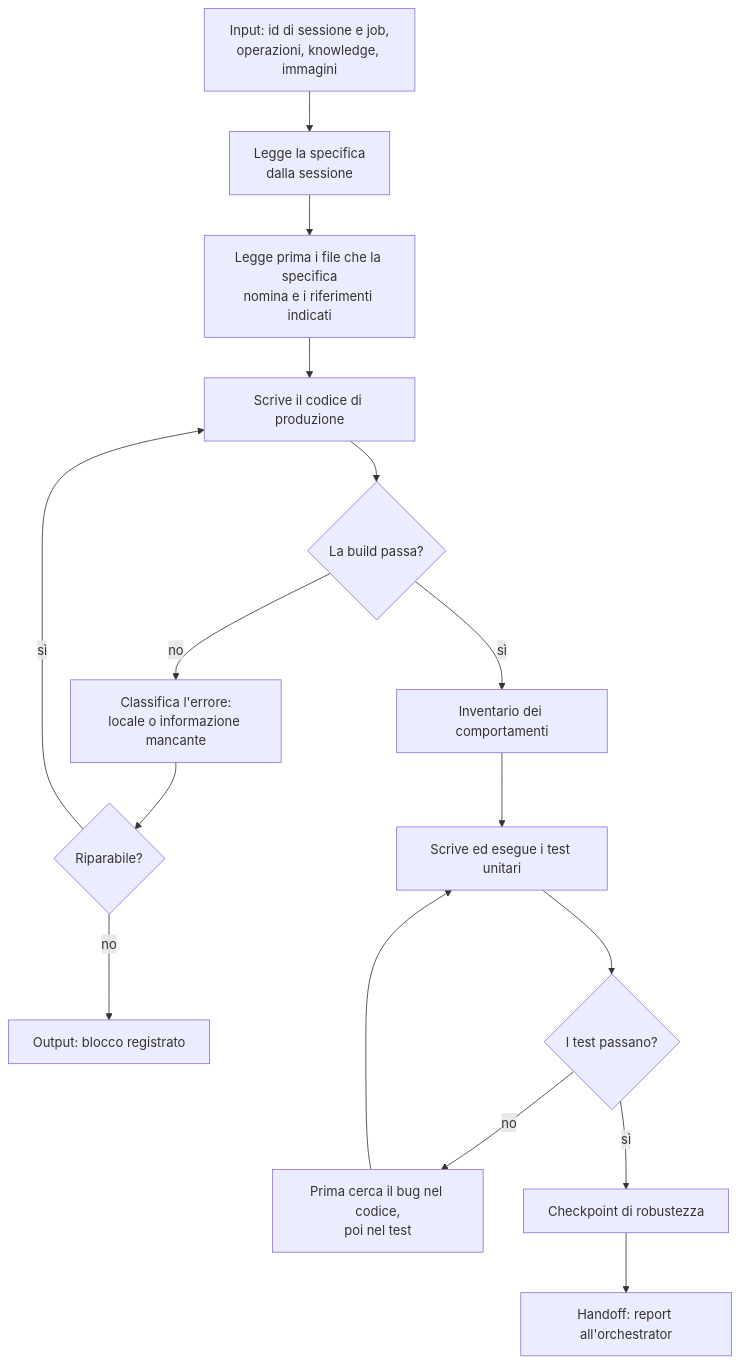
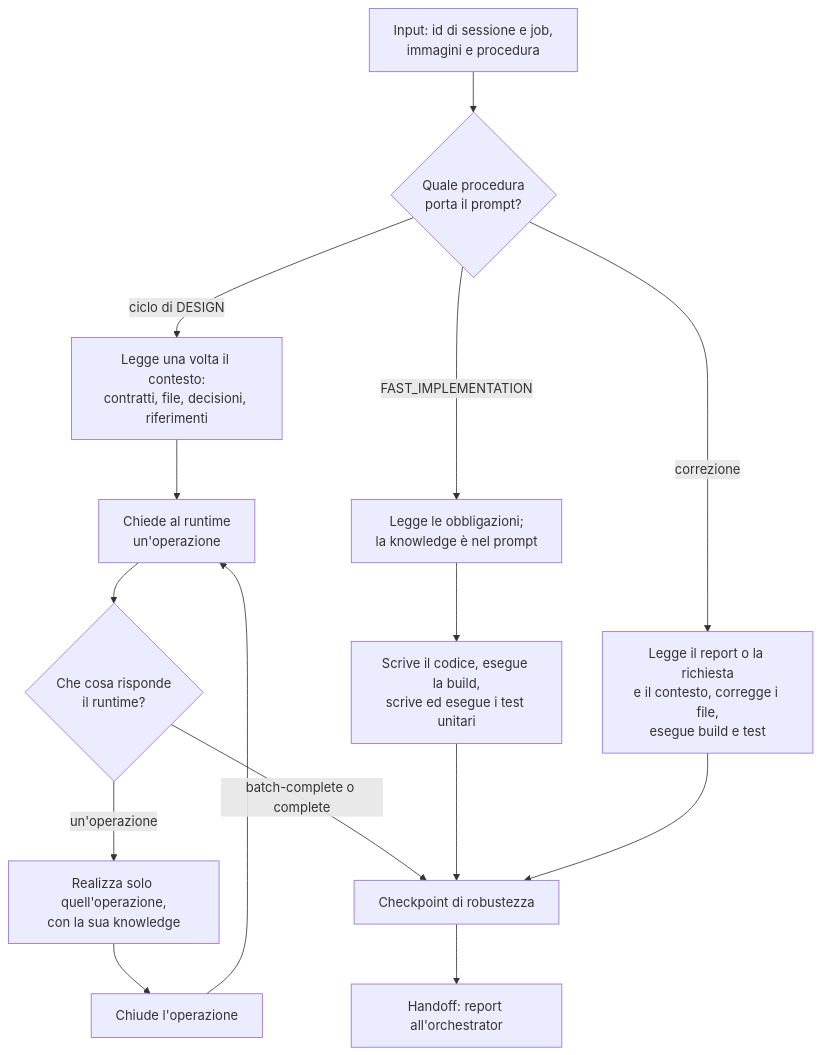
Before and after one commit to violabg/agentic-system-lessons: the diagram in orchestrator/role-maps/agents/code-implementor.md, drawn with Mermaid. The commit also changed other lines of this file and 38 other files, not shown here.

````diff
--- a/orchestrator/role-maps/agents/code-implementor.md
+++ b/orchestrator/role-maps/agents/code-implementor.md
@@ -17,18 +17,17 @@
 ```mermaid
 flowchart TD
-    Prompt[Input: id di sessione e job,<br/>operazioni, knowledge, immagini] --> Spec[Legge la specifica<br/>dalla sessione]
-    Spec --> Files[Legge prima i file che la specifica<br/>nomina e i riferimenti indicati]
-    Files --> Code[Scrive il codice di produzione]
-    Code --> Build{La build passa?}
-    Build -->|no| Classify[Classifica l'errore:<br/>locale o informazione mancante]
-    Classify --> Repair{Riparabile?}
-    Repair -->|sì| Code
-    Repair -->|no| Blocker[Output: blocco registrato]
-    Build -->|sì| Inventory[Inventario dei comportamenti]
-    Inventory --> Tests[Scrive ed esegue i test unitari]
-    Tests --> Pass{I test passano?}
-    Pass -->|no| Fix[Prima cerca il bug nel codice,<br/>poi nel test]
-    Fix --> Tests
-    Pass -->|sì| Checklist[Checkpoint di robustezza]
+    Prompt[Input: id di sessione e job,<br/>immagini e procedura] --> Kind{Quale procedura<br/>porta il prompt?}
+    Kind -->|ciclo di DESIGN| Context[Legge una volta il contesto:<br/>contratti, file, decisioni, riferimenti]
+    Context --> Serve[Chiede al runtime<br/>un'operazione]
+    Serve --> Term{Che cosa risponde<br/>il runtime?}
+    Term -->|un'operazione| Work[Realizza solo quell'operazione,<br/>con la sua knowledge]
+    Work --> Close[Chiude l'operazione]
+    Close --> Serve
+    Term -->|batch-complete o complete| Checklist[Checkpoint di robustezza]
+    Kind -->|FAST_IMPLEMENTATION| Spec[Legge le obbligazioni;<br/>la knowledge è nel prompt]
+    Spec --> Build[Scrive il codice, esegue la build,<br/>scrive ed esegue i test unitari]
+    Build --> Checklist
+    Kind -->|correzione| Fix[Legge il report o la richiesta<br/>e il contesto, corregge i file,<br/>esegue build e test]
+    Fix --> Checklist
     Checklist --> Report[Handoff: report all'orchestrator]
 ```
````
